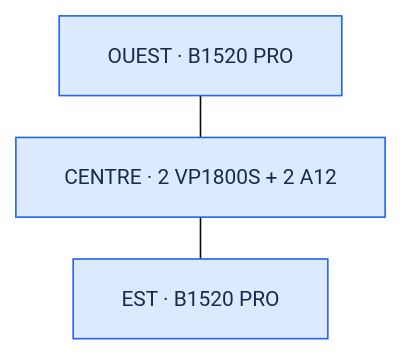
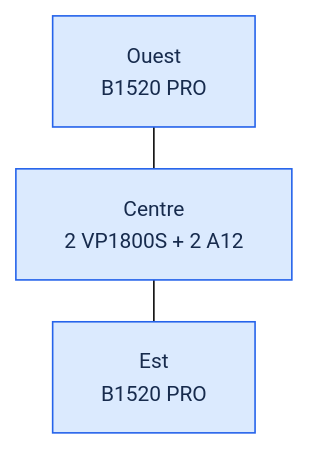
The second of 3 diagrams in README.md (HAZIT-FR/PGE-SONO), drawn with Mermaid before and after one commit. The commit also changed other lines of this file, not shown here.

```diff
--- a/README.md
+++ b/README.md
@@ -138,10 +156,10 @@
 ~~~mermaid
-%%{init: {"flowchart": {"nodeSpacing": 25, "rankSpacing": 26, "htmlLabels": false}, "theme": "base", "themeVariables": {"fontSize": "13px"}}}%%
+%%{init: {"flowchart": {"nodeSpacing": 25, "rankSpacing": 26, "htmlLabels": true}, "theme": "base", "themeVariables": {"fontSize": "13px"}}}%%
 flowchart TB
-  O["OUEST · B1520 PRO"]
-  C["CENTRE · 2 VP1800S + 2 A12"]
-  E["EST · B1520 PRO"]
+  O["Ouest<br/>B1520 PRO"]
+  C["Centre<br/>2 VP1800S + 2 A12"]
+  E["Est<br/>B1520 PRO"]
   O --- C --- E
   classDef existing fill:#dbeafe,stroke:#2563eb,color:#172b4d;
   class O,C,E existing;
 ~~~
```
